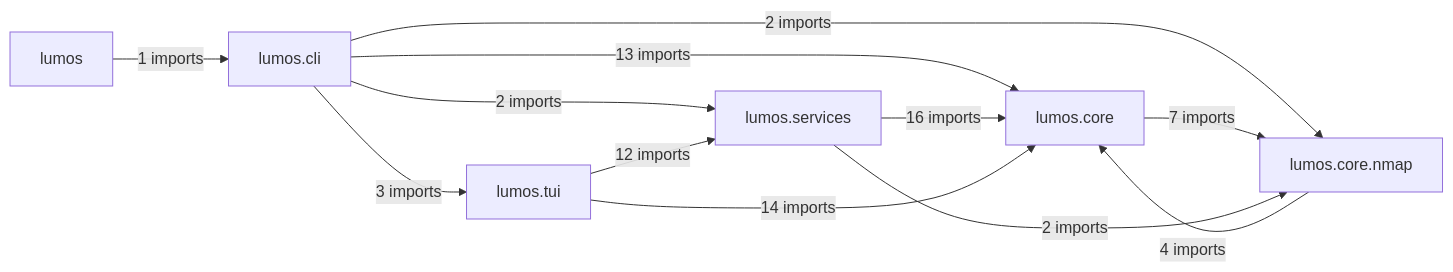
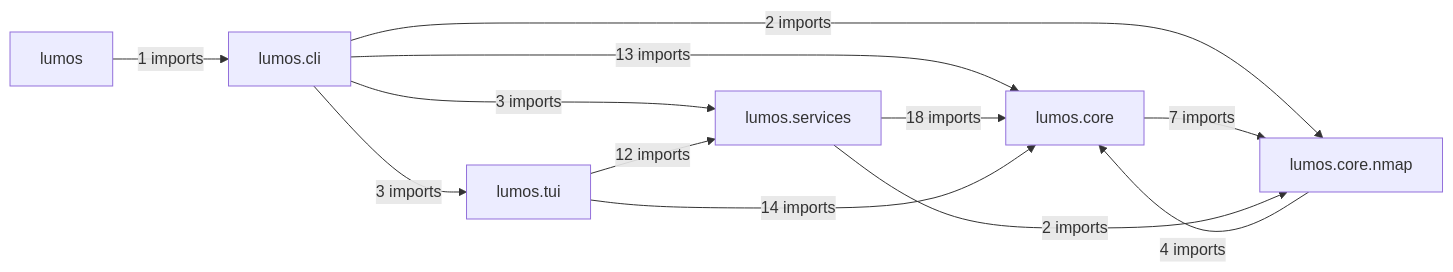
One commit to lko47/lumos changed the diagram in docs/architecture/modules.md. Above: the diagram before and after it, drawn with Mermaid. The commit also changed other lines of this file and 6 other files, not shown here.

````diff
--- a/docs/architecture/modules.md
+++ b/docs/architecture/modules.md
@@ -7,20 +7,20 @@
 ```mermaid
 flowchart LR
     P0["lumos"]
     P1["lumos.cli"]
     P2["lumos.core"]
     P3["lumos.core.nmap"]
     P4["lumos.services"]
     P5["lumos.tui"]
     P0 -->|"1 imports"| P1
     P1 -->|"13 imports"| P2
     P1 -->|"2 imports"| P3
-    P1 -->|"2 imports"| P4
+    P1 -->|"3 imports"| P4
     P1 -->|"3 imports"| P5
     P2 -->|"7 imports"| P3
     P3 -->|"4 imports"| P2
-    P4 -->|"16 imports"| P2
+    P4 -->|"18 imports"| P2
     P4 -->|"2 imports"| P3
     P5 -->|"14 imports"| P2
     P5 -->|"12 imports"| P4
 ```
````
